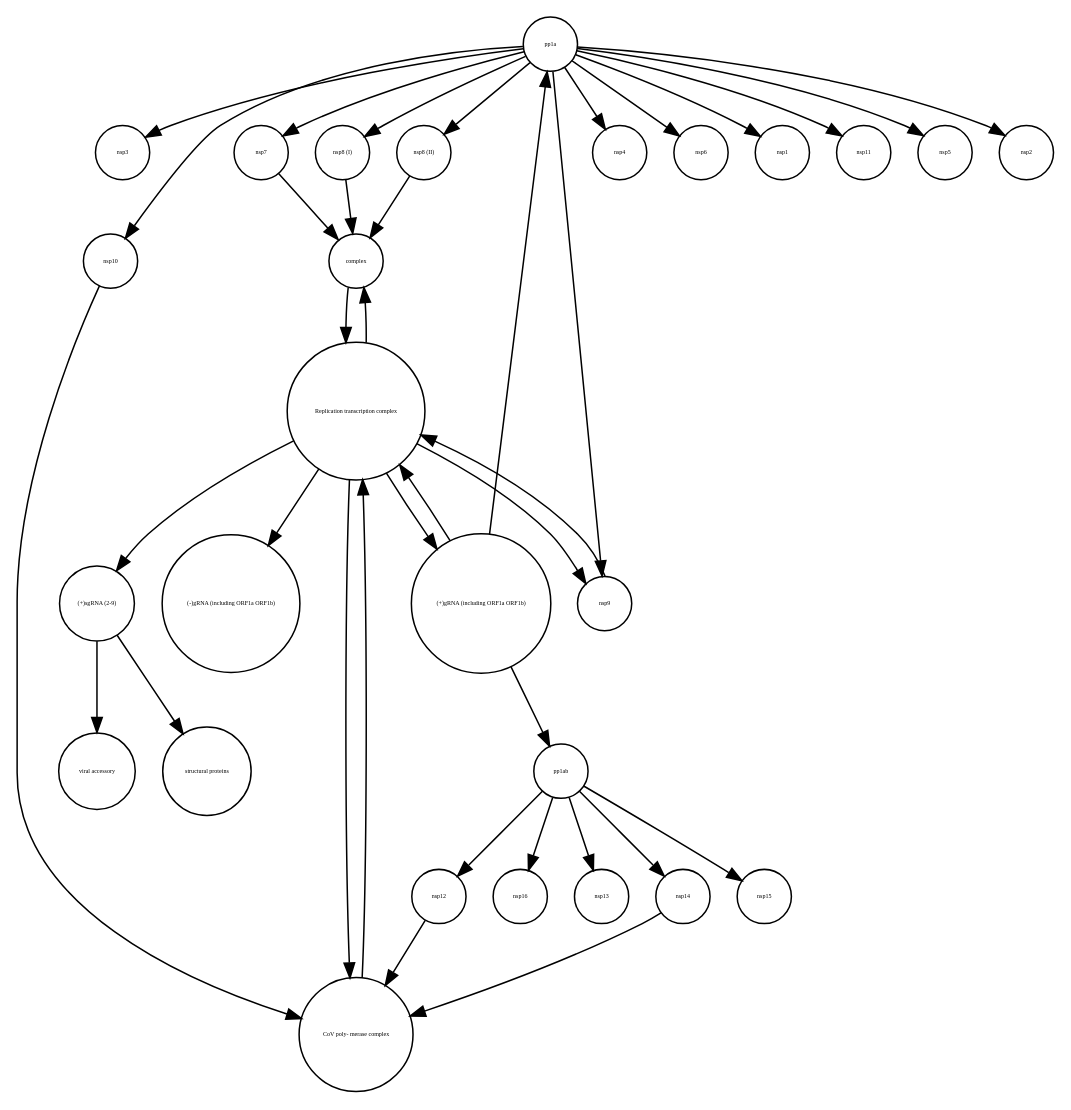
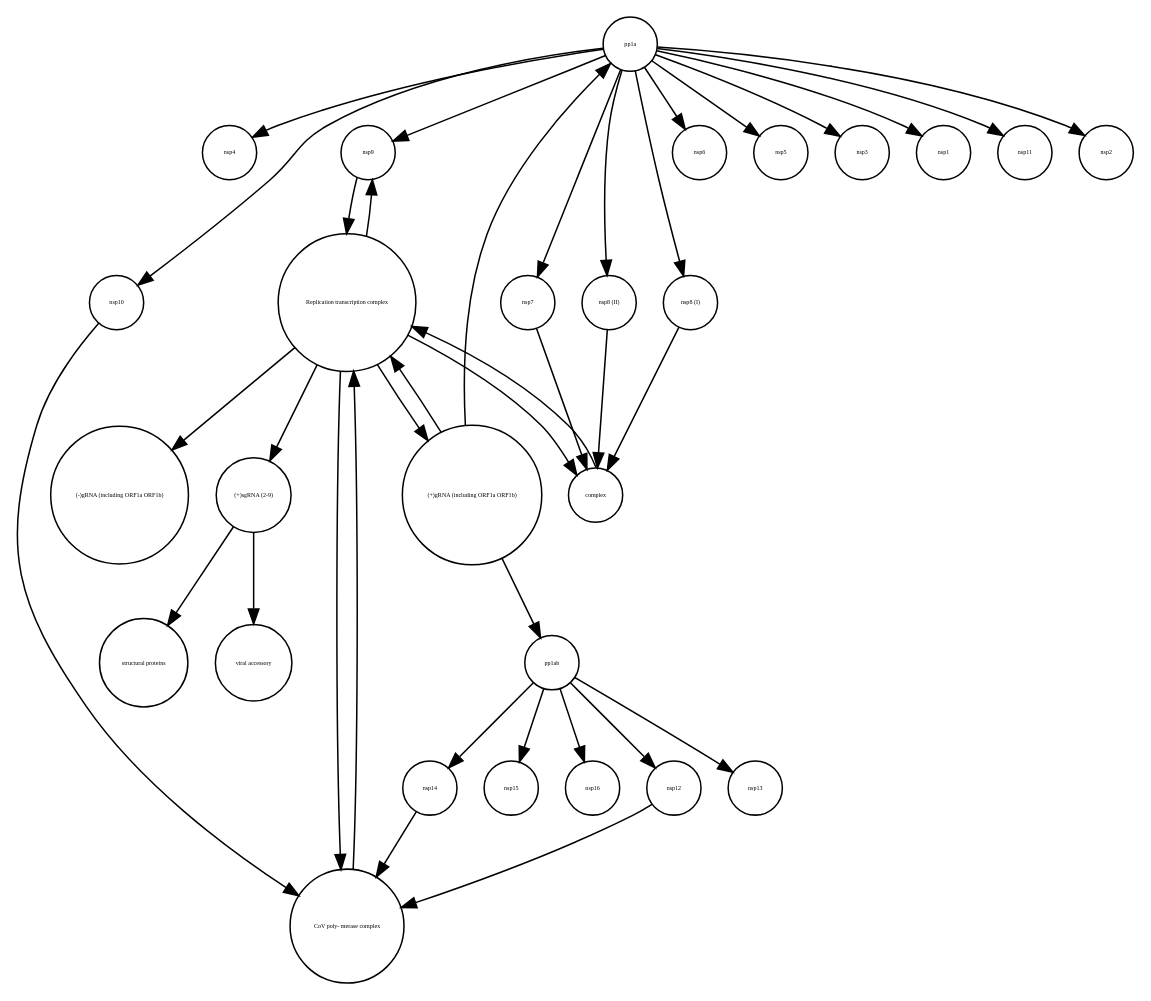
Before and after one commit to cannin/covid19-sbgn: the diagram in RTC-and-transcription-CD.xml_projected.dot, drawn with Graphviz. The commit also changed other lines of this file and 529 other files, not shown here.

```diff
--- a/RTC-and-transcription-CD.xml_projected.dot
+++ b/RTC-and-transcription-CD.xml_projected.dot
@@ -1,66 +1,66 @@
 strict digraph  {
-pp1a [annotation="", bipartite=0, cls=macromolecule, fontsize=4, label=pp1a, shape=circle];
-nsp3 [annotation="", bipartite=0, cls=macromolecule, fontsize=4, label=nsp3, shape=circle];
-nsp7 [annotation="", bipartite=0, cls=macromolecule, fontsize=4, label=nsp7, shape=circle];
-"CoV poly- merase complex" [annotation="", bipartite=0, cls=complex, fontsize=4, label="CoV poly- merase complex", shape=circle];
-"nsp8 (I)" [annotation="", bipartite=0, cls=macromolecule, fontsize=4, label="nsp8 (I)", shape=circle];
-nsp14 [annotation="", bipartite=0, cls=macromolecule, fontsize=4, label=nsp14, shape=circle];
 nsp4 [annotation="", bipartite=0, cls=macromolecule, fontsize=4, label=nsp4, shape=circle];
 nsp9 [annotation="", bipartite=0, cls=macromolecule, fontsize=4, label=nsp9, shape=circle];
-complex [annotation="", bipartite=0, cls=complex, fontsize=4, label=complex, shape=circle];
-"(+)gRNA (including ORF1a ORF1b)" [annotation="", bipartite=0, cls="nucleic acid feature", fontsize=4, label="(+)gRNA (including ORF1a ORF1b)", shape=circle];
+"Replication transcription complex " [annotation="", bipartite=0, cls=complex, fontsize=4, label="Replication transcription complex ", shape=circle];
+nsp15 [annotation="", bipartite=0, cls=macromolecule, fontsize=4, label=nsp15, shape=circle];
+nsp7 [annotation="", bipartite=0, cls=macromolecule, fontsize=4, label=nsp7, shape=circle];
+"nsp8 (II)" [annotation="", bipartite=0, cls=macromolecule, fontsize=4, label="nsp8 (II)", shape=circle];
 "structural proteins" [annotation="", bipartite=0, cls=macromolecule, fontsize=4, label="structural proteins", shape=circle];
 nsp6 [annotation="", bipartite=0, cls=macromolecule, fontsize=4, label=nsp6, shape=circle];
-"Replication transcription complex " [annotation="", bipartite=0, cls=complex, fontsize=4, label="Replication transcription complex ", shape=circle];
+"CoV poly- merase complex" [annotation="", bipartite=0, cls=complex, fontsize=4, label="CoV poly- merase complex", shape=circle];
+pp1a [annotation="", bipartite=0, cls=macromolecule, fontsize=4, label=pp1a, shape=circle];
+pp1ab [annotation="", bipartite=0, cls=macromolecule, fontsize=4, label=pp1ab, shape=circle];
+nsp12 [annotation="", bipartite=0, cls=macromolecule, fontsize=4, label=nsp12, shape=circle];
+nsp5 [annotation="", bipartite=0, cls=macromolecule, fontsize=4, label=nsp5, shape=circle];
+nsp3 [annotation="", bipartite=0, cls=macromolecule, fontsize=4, label=nsp3, shape=circle];
 "viral accessory" [annotation="", bipartite=0, cls=macromolecule, fontsize=4, label="viral accessory", shape=circle];
-"(+)sgRNA (2-9)" [annotation="", bipartite=0, cls="nucleic acid feature", fontsize=4, label="(+)sgRNA (2-9)", shape=circle];
+complex [annotation="", bipartite=0, cls=complex, fontsize=4, label=complex, shape=circle];
+nsp16 [annotation="", bipartite=0, cls=macromolecule, fontsize=4, label=nsp16, shape=circle];
 nsp1 [annotation="", bipartite=0, cls=macromolecule, fontsize=4, label=nsp1, shape=circle];
 nsp11 [annotation="", bipartite=0, cls=macromolecule, fontsize=4, label=nsp11, shape=circle];
-nsp5 [annotation="", bipartite=0, cls=macromolecule, fontsize=4, label=nsp5, shape=circle];
-nsp16 [annotation="", bipartite=0, cls=macromolecule, fontsize=4, label=nsp16, shape=circle];
-nsp12 [annotation="", bipartite=0, cls=macromolecule, fontsize=4, label=nsp12, shape=circle];
 nsp13 [annotation="", bipartite=0, cls=macromolecule, fontsize=4, label=nsp13, shape=circle];
+"nsp8 (I)" [annotation="", bipartite=0, cls=macromolecule, fontsize=4, label="nsp8 (I)", shape=circle];
+"(-)gRNA (including ORF1a ORF1b)" [annotation="", bipartite=0, cls="nucleic acid feature", fontsize=4, label="(-)gRNA (including ORF1a ORF1b)", shape=circle];
 nsp2 [annotation="", bipartite=0, cls=macromolecule, fontsize=4, label=nsp2, shape=circle];
-nsp15 [annotation="", bipartite=0, cls=macromolecule, fontsize=4, label=nsp15, shape=circle];
-"(-)gRNA (including ORF1a ORF1b)" [annotation="", bipartite=0, cls="nucleic acid feature", fontsize=4, label="(-)gRNA (including ORF1a ORF1b)", shape=circle];
-pp1ab [annotation="", bipartite=0, cls=macromolecule, fontsize=4, label=pp1ab, shape=circle];
+nsp14 [annotation="", bipartite=0, cls=macromolecule, fontsize=4, label=nsp14, shape=circle];
 nsp10 [annotation="", bipartite=0, cls=macromolecule, fontsize=4, label=nsp10, shape=circle];
-"nsp8 (II)" [annotation="", bipartite=0, cls=macromolecule, fontsize=4, label="nsp8 (II)", shape=circle];
+"(+)sgRNA (2-9)" [annotation="", bipartite=0, cls="nucleic acid feature", fontsize=4, label="(+)sgRNA (2-9)", shape=circle];
+"(+)gRNA (including ORF1a ORF1b)" [annotation="", bipartite=0, cls="nucleic acid feature", fontsize=4, label="(+)gRNA (including ORF1a ORF1b)", shape=circle];
+nsp9 -> "Replication transcription complex "  [annotation="", interaction_type=production];
+"Replication transcription complex " -> "(+)sgRNA (2-9)"  [annotation="", interaction_type="necessary stimulation"];
+"Replication transcription complex " -> nsp9  [annotation="", interaction_type=production];
+"Replication transcription complex " -> complex  [annotation="", interaction_type=production];
+"Replication transcription complex " -> "CoV poly- merase complex"  [annotation="", interaction_type=production];
+"Replication transcription complex " -> "(-)gRNA (including ORF1a ORF1b)"  [annotation="", interaction_type=production];
+"Replication transcription complex " -> "(+)gRNA (including ORF1a ORF1b)"  [annotation="", interaction_type=production];
+nsp7 -> complex  [annotation="", interaction_type=production];
+"nsp8 (II)" -> complex  [annotation="", interaction_type=production];
+"CoV poly- merase complex" -> "Replication transcription complex "  [annotation="", interaction_type=production];
+pp1a -> nsp4  [annotation="", interaction_type=production];
+pp1a -> nsp9  [annotation="", interaction_type=production];
+pp1a -> nsp7  [annotation="", interaction_type=production];
+pp1a -> "nsp8 (II)"  [annotation="", interaction_type=production];
+pp1a -> nsp1  [annotation="", interaction_type=production];
+pp1a -> nsp6  [annotation="", interaction_type=production];
+pp1a -> nsp10  [annotation="", interaction_type=production];
+pp1a -> nsp11  [annotation="", interaction_type=production];
 pp1a -> nsp3  [annotation="", interaction_type=production];
-pp1a -> nsp7  [annotation="", interaction_type=production];
+pp1a -> "nsp8 (I)"  [annotation="", interaction_type=production];
+pp1a -> nsp5  [annotation="", interaction_type=production];
 pp1a -> nsp2  [annotation="", interaction_type=production];
-pp1a -> "nsp8 (I)"  [annotation="", interaction_type=production];
-pp1a -> nsp6  [annotation="", interaction_type=production];
-pp1a -> nsp1  [annotation="", interaction_type=production];
-pp1a -> nsp4  [annotation="", interaction_type=production];
-pp1a -> nsp10  [annotation="", interaction_type=production];
-pp1a -> "nsp8 (II)"  [annotation="", interaction_type=production];
-pp1a -> nsp11  [annotation="", interaction_type=production];
-pp1a -> nsp9  [annotation="", interaction_type=production];
-pp1a -> nsp5  [annotation="", interaction_type=production];
-nsp7 -> complex  [annotation="", interaction_type=production];
-"CoV poly- merase complex" -> "Replication transcription complex "  [annotation="", interaction_type=production];
+pp1ab -> nsp15  [annotation="", interaction_type=production];
+pp1ab -> nsp16  [annotation="", interaction_type=production];
+pp1ab -> nsp12  [annotation="", interaction_type=production];
+pp1ab -> nsp13  [annotation="", interaction_type=production];
+pp1ab -> nsp14  [annotation="", interaction_type=production];
+nsp12 -> "CoV poly- merase complex"  [annotation="", interaction_type=production];
+complex -> "Replication transcription complex "  [annotation="", interaction_type=production];
 "nsp8 (I)" -> complex  [annotation="", interaction_type=production];
 nsp14 -> "CoV poly- merase complex"  [annotation="", interaction_type=production];
-nsp9 -> "Replication transcription complex "  [annotation="", interaction_type=production];
-complex -> "Replication transcription complex "  [annotation="", interaction_type=production];
-"(+)gRNA (including ORF1a ORF1b)" -> pp1a  [annotation="", interaction_type="necessary stimulation"];
+nsp10 -> "CoV poly- merase complex"  [annotation="", interaction_type=production];
+"(+)sgRNA (2-9)" -> "structural proteins"  [annotation="", interaction_type="necessary stimulation"];
+"(+)sgRNA (2-9)" -> "viral accessory"  [annotation="", interaction_type="necessary stimulation"];
 "(+)gRNA (including ORF1a ORF1b)" -> "Replication transcription complex "  [annotation="", interaction_type=production];
 "(+)gRNA (including ORF1a ORF1b)" -> pp1ab  [annotation="", interaction_type="necessary stimulation"];
-"Replication transcription complex " -> "(+)sgRNA (2-9)"  [annotation="", interaction_type="necessary stimulation"];
-"Replication transcription complex " -> complex  [annotation="", interaction_type=production];
-"Replication transcription complex " -> "(+)gRNA (including ORF1a ORF1b)"  [annotation="", interaction_type=production];
-"Replication transcription complex " -> "CoV poly- merase complex"  [annotation="", interaction_type=production];
-"Replication transcription complex " -> "(-)gRNA (including ORF1a ORF1b)"  [annotation="", interaction_type=production];
-"Replication transcription complex " -> nsp9  [annotation="", interaction_type=production];
-"(+)sgRNA (2-9)" -> "structural proteins"  [annotation="", interaction_type="necessary stimulation"];
-"(+)sgRNA (2-9)" -> "viral accessory"  [annotation="", interaction_type="necessary stimulation"];
-nsp12 -> "CoV poly- merase complex"  [annotation="", interaction_type=production];
-pp1ab -> nsp16  [annotation="", interaction_type=production];
-pp1ab -> nsp13  [annotation="", interaction_type=production];
-pp1ab -> nsp12  [annotation="", interaction_type=production];
-pp1ab -> nsp15  [annotation="", interaction_type=production];
-pp1ab -> nsp14  [annotation="", interaction_type=production];
-nsp10 -> "CoV poly- merase complex"  [annotation="", interaction_type=production];
-"nsp8 (II)" -> complex  [annotation="", interaction_type=production];
+"(+)gRNA (including ORF1a ORF1b)" -> pp1a  [annotation="", interaction_type="necessary stimulation"];
 }
```
